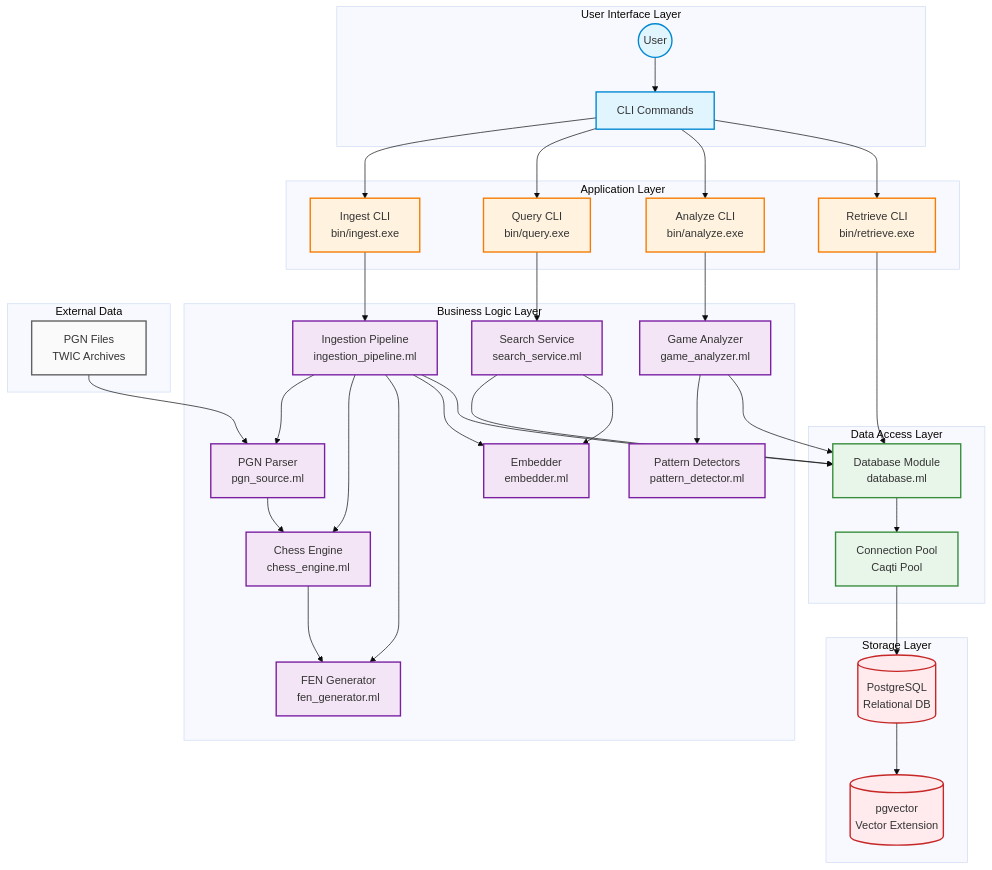
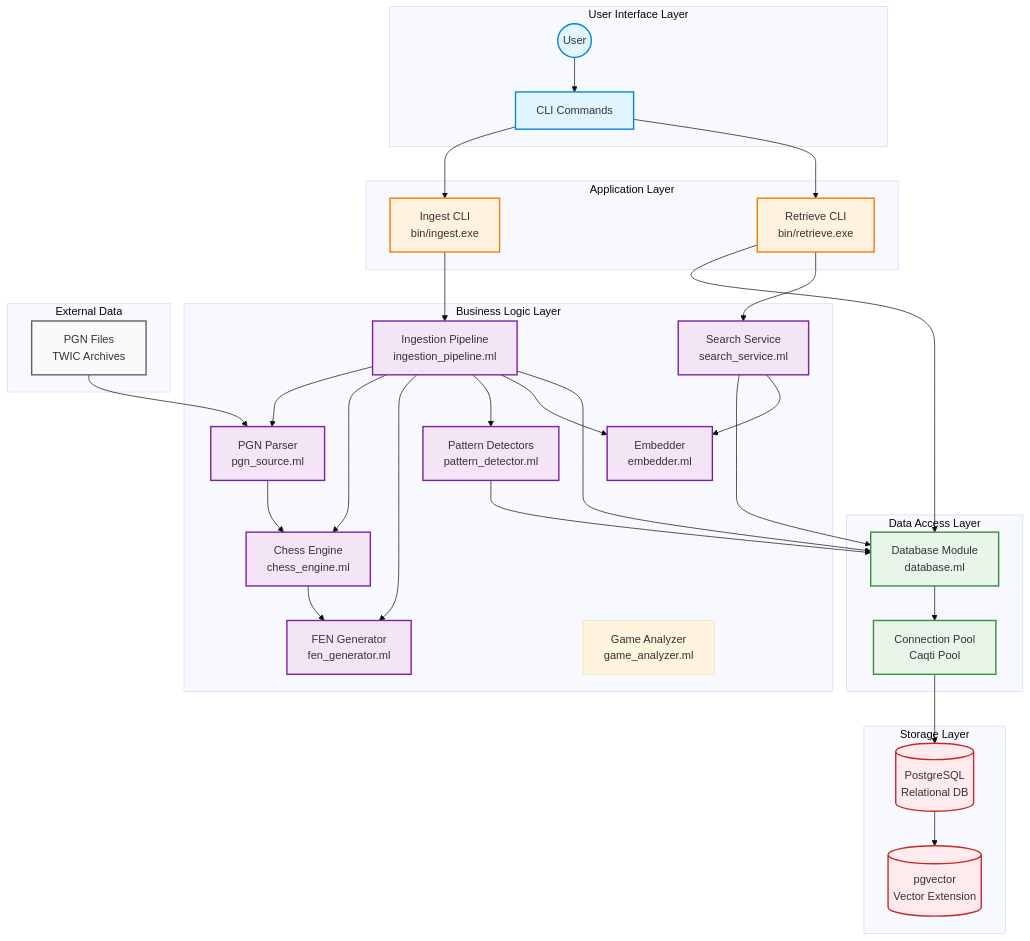
One commit to HendrikReh/chessbuddy changed the first of 9 diagrams in docs/ARCHITECTURE_DIAGRAM.md. Above: the diagram before and after it, drawn with Mermaid (base theme). The commit also changed other lines of this file and 13 other files, not shown here.

Commit message:
doc: All key docs reflect the new pattern framework, CLI filters, and ops workflows, and the code changes are aligned.

```diff
--- a/docs/ARCHITECTURE_DIAGRAM.md
+++ b/docs/ARCHITECTURE_DIAGRAM.md
@@ -15,8 +15,6 @@
 
     subgraph "Application Layer"
         IngestCLI[Ingest CLI<br/>bin/ingest.exe]
-        QueryCLI[Query CLI<br/>bin/query.exe]
-        AnalyzeCLI[Analyze CLI<br/>bin/analyze.exe]
         RetrieveCLI[Retrieve CLI<br/>bin/retrieve.exe]
     end
 
@@ -47,23 +45,20 @@
 
     User --> CLI
     CLI --> IngestCLI
-    CLI --> QueryCLI
-    CLI --> AnalyzeCLI
     CLI --> RetrieveCLI
 
     IngestCLI --> IngestionPipeline
-    QueryCLI --> SearchService
-    AnalyzeCLI --> GameAnalyzer
     RetrieveCLI --> Database
+    RetrieveCLI --> SearchService
 
     IngestionPipeline --> PGNParser
     IngestionPipeline --> ChessEngine
     IngestionPipeline --> FENGen
+    IngestionPipeline --> PatternDetector
     IngestionPipeline --> Embedder
     IngestionPipeline --> Database
 
-    GameAnalyzer --> PatternDetector
-    GameAnalyzer --> Database
+    PatternDetector --> Database
 
     SearchService --> Database
     SearchService --> Embedder
@@ -85,8 +80,8 @@
     classDef externalLayer fill:#fafafa,stroke:#616161,stroke-width:2px
 
     class User,CLI userLayer
-    class IngestCLI,QueryCLI,AnalyzeCLI,RetrieveCLI appLayer
-    class PGNParser,ChessEngine,FENGen,PatternDetector,Embedder,SearchService,IngestionPipeline,GameAnalyzer logicLayer
+    class IngestCLI,RetrieveCLI appLayer
+    class PGNParser,ChessEngine,FENGen,PatternDetector,Embedder,SearchService,IngestionPipeline logicLayer
     class Database,PoolMgr dataLayer
     class PostgreSQL,PgVector storageLayer
     class PGNFiles externalLayer
```
